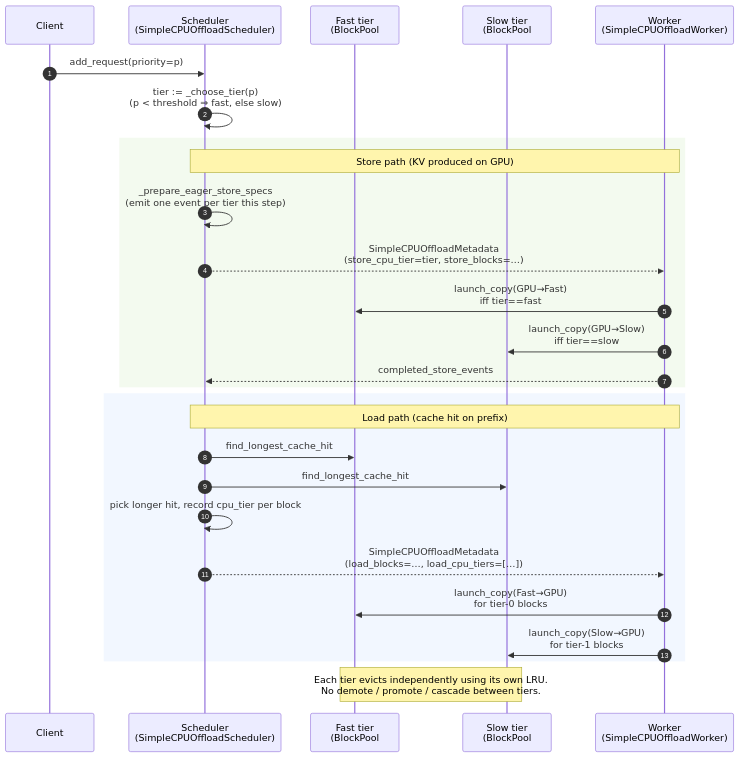
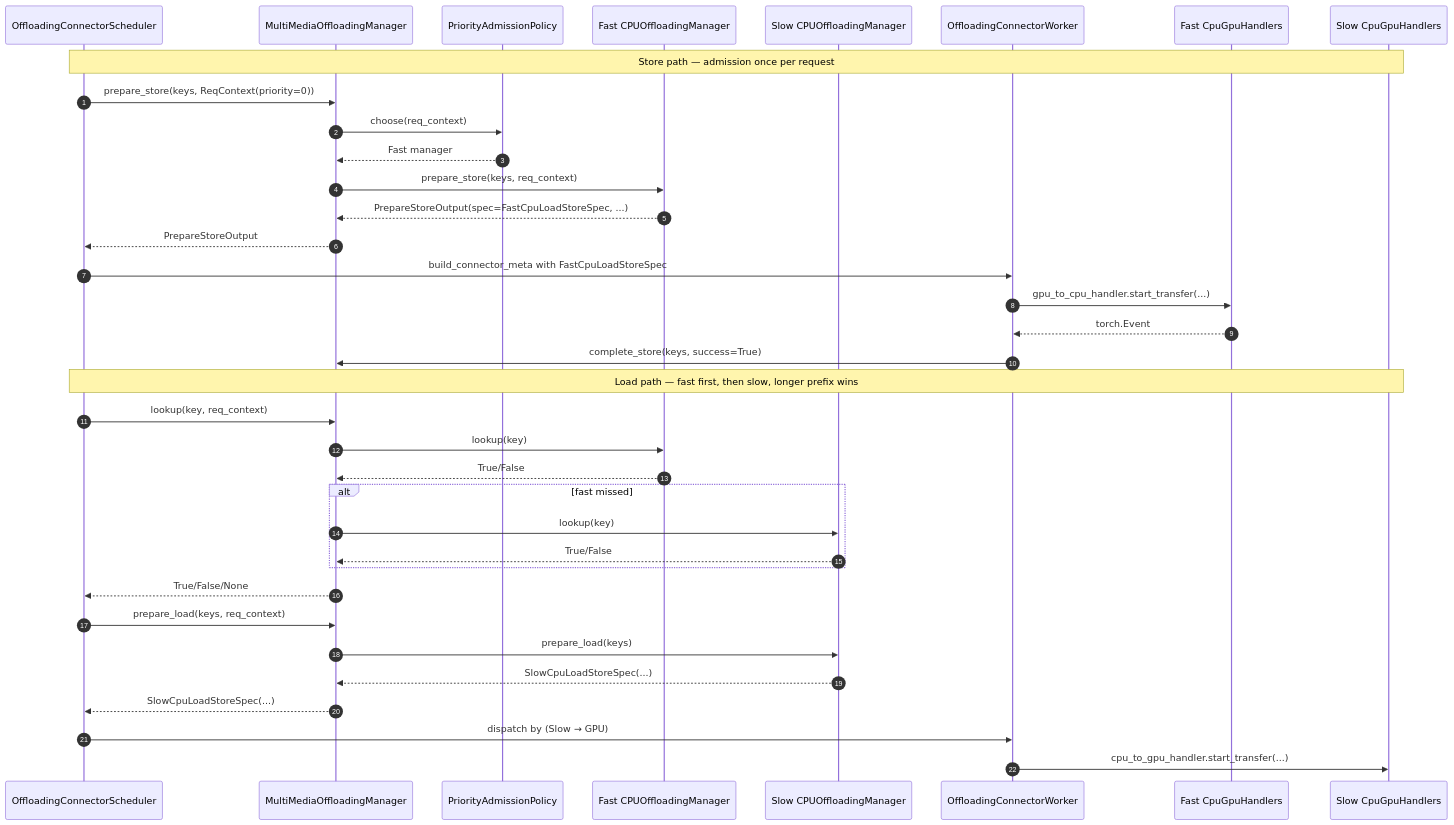
Before and after one commit to wangchen615/vllm: the diagram in docs/design/rfcs/imgs/mmd/exclusive-tiered-flow.mmd, drawn with Mermaid. The commit also changed 9 other files, not shown here.

First line of the commit message:
docs(rfc): update Mermaid diagrams for OffloadingConnector architecture

```diff
--- a/docs/design/rfcs/imgs/mmd/exclusive-tiered-flow.mmd
+++ b/docs/design/rfcs/imgs/mmd/exclusive-tiered-flow.mmd
@@ -1,32 +1,42 @@
-%% Exclusive tiered store/load workflow.
+%% Sequence: scheduler calls MultiMediaOffloadingManager.prepare_store;
+%% manager admits to FAST_CPU or SLOW_CPU based on req_context.priority;
+%% worker dispatches by (src_type, dst_type) yielded from get_handlers().
+%% See docs/design/rfcs/exclusive-tiered-caching.md
 sequenceDiagram
     autonumber
-    participant Client
-    participant Sched as Scheduler<br/>(SimpleCPUOffloadScheduler)
-    participant Fast as Fast tier<br/>(BlockPool #0)
-    participant Slow as Slow tier<br/>(BlockPool #1)
-    participant Worker as Worker<br/>(SimpleCPUOffloadWorker)
+    participant Sched as OffloadingConnectorScheduler
+    participant MM as MultiMediaOffloadingManager
+    participant Pol as PriorityAdmissionPolicy
+    participant Fast as Fast CPUOffloadingManager
+    participant Slow as Slow CPUOffloadingManager
+    participant Worker as OffloadingConnectorWorker
+    participant FH as Fast CpuGpuHandlers
+    participant SH as Slow CpuGpuHandlers
 
-    Client->>Sched: add_request(priority=p)
-    Sched->>Sched: tier := _choose_tier(p)<br/>(p < threshold ⇒ fast, else slow)
+    Note over Sched,SH: Store path — admission once per request
+    Sched->>MM: prepare_store(keys, ReqContext(priority=0))
+    MM->>Pol: choose(req_context)
+    Pol-->>MM: Fast manager
+    MM->>Fast: prepare_store(keys, req_context)
+    Fast-->>MM: PrepareStoreOutput(spec=FastCpuLoadStoreSpec, ...)
+    MM-->>Sched: PrepareStoreOutput
+    Sched->>Worker: build_connector_meta with FastCpuLoadStoreSpec
+    Worker->>FH: gpu_to_cpu_handler.start_transfer(...)
+    FH-->>Worker: torch.Event
+    Worker->>MM: complete_store(keys, success=True)
 
-    rect rgba(232,245,224,0.5)
-        note over Sched,Worker: Store path (KV produced on GPU)
-        Sched->>Sched: _prepare_eager_store_specs<br/>(emit one event per tier this step)
-        Sched-->>Worker: SimpleCPUOffloadMetadata<br/>(store_cpu_tier=tier, store_blocks=…)
-        Worker->>Fast: launch_copy(GPU→Fast)<br/>iff tier==fast
-        Worker->>Slow: launch_copy(GPU→Slow)<br/>iff tier==slow
-        Worker-->>Sched: completed_store_events
+    Note over Sched,SH: Load path — fast first, then slow, longer prefix wins
+    Sched->>MM: lookup(key, req_context)
+    MM->>Fast: lookup(key)
+    Fast-->>MM: True/False
+    alt fast missed
+        MM->>Slow: lookup(key)
+        Slow-->>MM: True/False
     end
-
-    rect rgba(230,240,255,0.5)
-        note over Sched,Worker: Load path (cache hit on prefix)
-        Sched->>Fast: find_longest_cache_hit
-        Sched->>Slow: find_longest_cache_hit
-        Sched->>Sched: pick longer hit, record cpu_tier per block
-        Sched-->>Worker: SimpleCPUOffloadMetadata<br/>(load_blocks=…, load_cpu_tiers=[…])
-        Worker->>Fast: launch_copy(Fast→GPU)<br/>for tier-0 blocks
-        Worker->>Slow: launch_copy(Slow→GPU)<br/>for tier-1 blocks
-    end
-
-    note over Fast,Slow: Each tier evicts independently using its own LRU.<br/>No demote / promote / cascade between tiers.
+    MM-->>Sched: True/False/None
+    Sched->>MM: prepare_load(keys, req_context)
+    MM->>Slow: prepare_load(keys)
+    Slow-->>MM: SlowCpuLoadStoreSpec(...)
+    MM-->>Sched: SlowCpuLoadStoreSpec(...)
+    Sched->>Worker: dispatch by (Slow → GPU)
+    Worker->>SH: cpu_to_gpu_handler.start_transfer(...)
```
